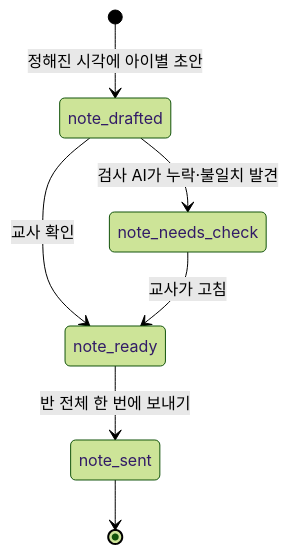
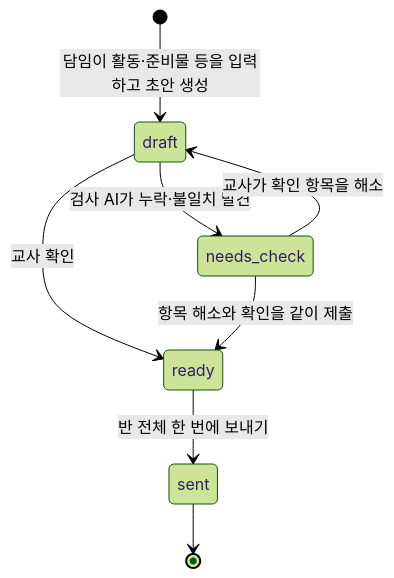
Before and after one commit to aio-final-2team/FinalProject_2Team: the fifth of 5 diagrams in Docs/Step2/유치온_T04_흐름권한명세.md, drawn with Mermaid (forest theme). The commit also changed other lines of this file and 6 other files, not shown here.

````diff
--- a/Docs/Step2/유치온_T04_흐름권한명세.md
+++ b/Docs/Step2/유치온_T04_흐름권한명세.md
@@ -245,9 +247,10 @@
 ```mermaid
 stateDiagram-v2
-    [*] --> note_drafted: 정해진 시각에 아이별 초안
-    note_drafted --> note_needs_check: 검사 AI가 누락·불일치 발견
-    note_drafted --> note_ready: 교사 확인
-    note_needs_check --> note_ready: 교사가 고침
-    note_ready --> note_sent: 반 전체 한 번에 보내기
-    note_sent --> [*]
+    [*] --> draft: 담임이 활동·준비물 등을 입력하고 초안 생성
+    draft --> needs_check: 검사 AI가 누락·불일치 발견
+    draft --> ready: 교사 확인
+    needs_check --> draft: 교사가 확인 항목을 해소
+    needs_check --> ready: 항목 해소와 확인을 같이 제출
+    ready --> sent: 반 전체 한 번에 보내기
+    sent --> [*]
 ```
````
